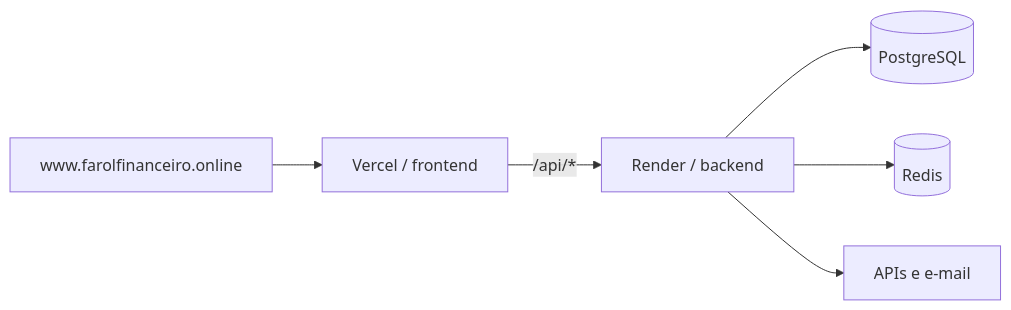
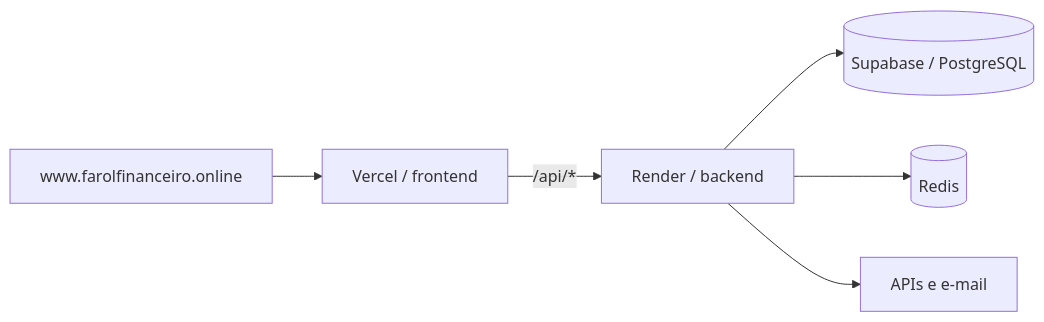
The fifth of 5 diagrams in docs/ARCHITECTURE.md (Guilhermecorral/Controle-de-Gastos), drawn with Mermaid before and after one commit. The commit also changed other lines of this file and 2 other files, not shown here.

Commit message:
docs: reconciliar roadmap, changelog e arquitetura com o estado real do código

````diff
--- a/docs/ARCHITECTURE.md
+++ b/docs/ARCHITECTURE.md
@@ -146,8 +146,8 @@
 ```mermaid
 flowchart LR
     WEB[www.farolfinanceiro.online] --> V[Vercel / frontend]
     V -->|/api/*| R[Render / backend]
-    R --> P[(PostgreSQL)]
+    R --> P[(Supabase / PostgreSQL)]
     R --> REDIS[(Redis)]
     R --> EXT[APIs e e-mail]
 ```
````
